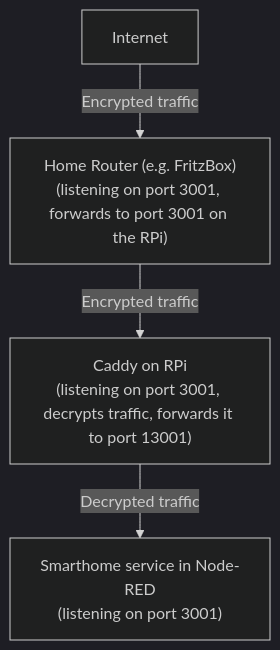
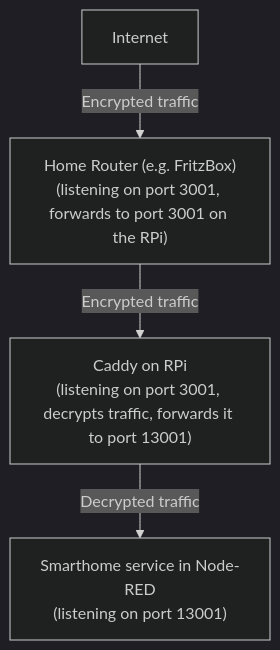
The diagram in docs/caddy.md (mikejac/node-red-contrib-google-smarthome), drawn with Mermaid (dark theme) before and after one commit. The commit also changed other lines of this file, not shown here.

````diff
--- a/docs/caddy.md
+++ b/docs/caddy.md
@@ -43,6 +67,6 @@
 ```mermaid
 graph TD;
     Internet--Encrypted traffic-->H["Home Router (e.g. FritzBox)<br/>(listening on port 3001, forwards to port 3001 on the RPi)"];
     H--Encrypted traffic-->C["Caddy on RPi<br/>(listening on port 3001, decrypts traffic, forwards it to port 13001)"];
-    C--Decrypted traffic-->N["Smarthome service in Node-RED<br/>(listening on port 3001)"];
+    C--Decrypted traffic-->N["Smarthome service in Node-RED<br/>(listening on port 13001)"];
 ```
````
